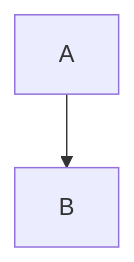
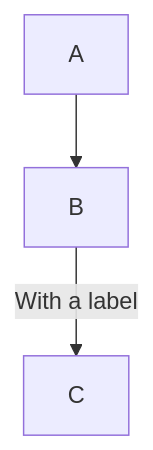
Before and after one commit to Doreapp/sphinx-mermaid: the first of 2 diagrams in doc/source/index.rst, drawn with Mermaid. The commit also changed other lines of this file and 4 other files, not shown here.

```diff
--- a/doc/source/index.rst
+++ b/doc/source/index.rst
@@ -23,5 +9,5 @@
-.. mermaid::
+   .. mermaid::
 
-   graph TD
-
-   A --> B
+      graph TD
+      A --> B
+      B -- With a label --> C
```
